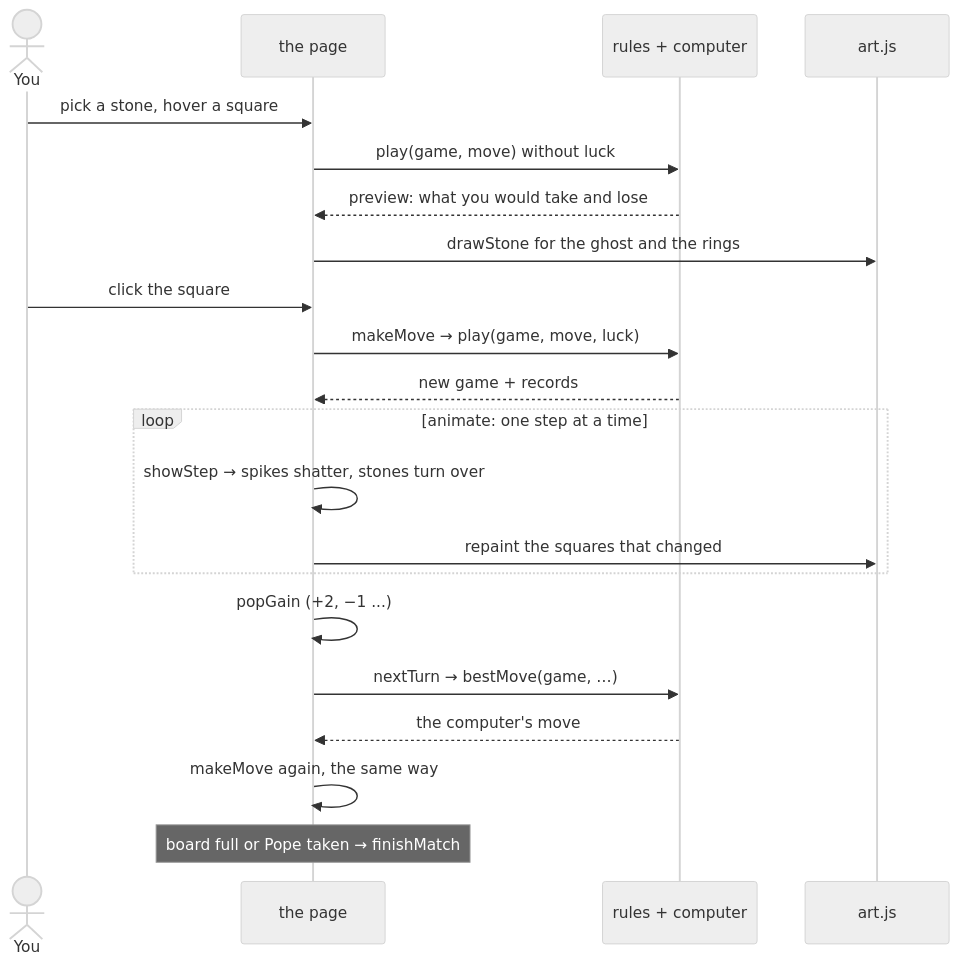
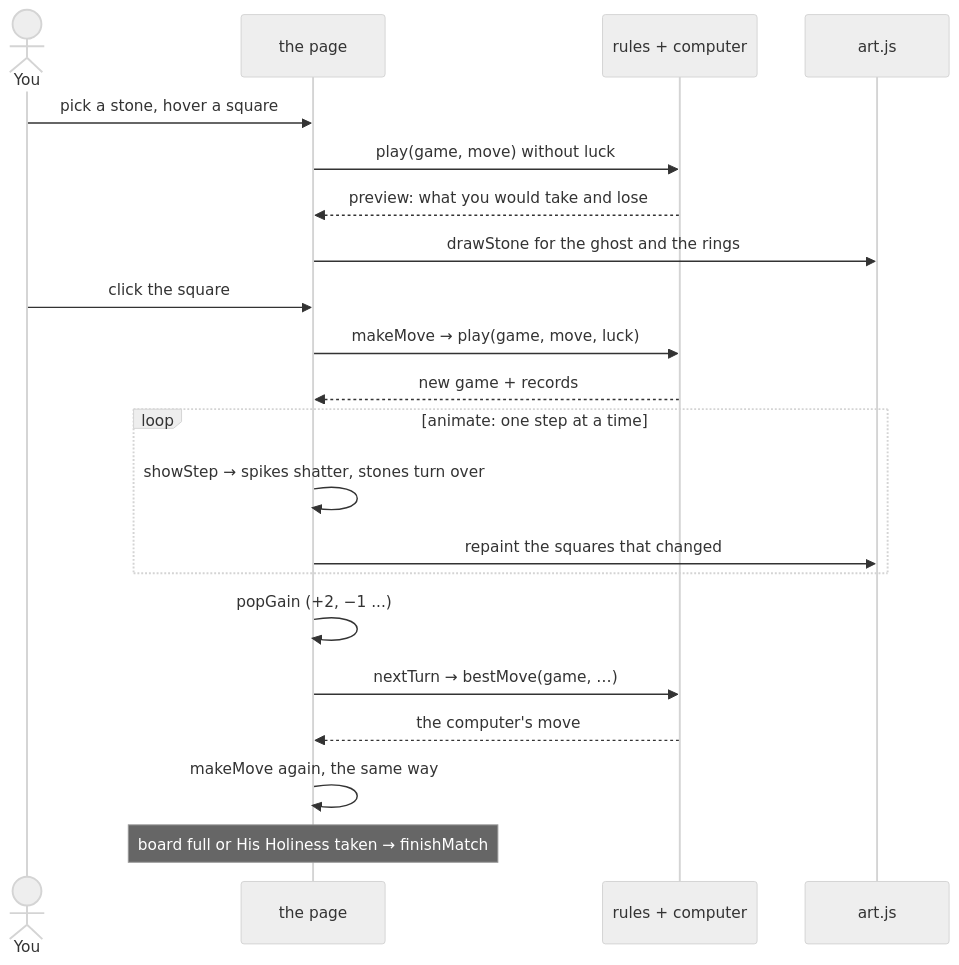
The seventh of 8 diagrams in README.md (louisvandenbruwaene/rook-like), drawn with Mermaid (neutral theme) before and after one commit. The commit also changed other lines of this file and 8 other files, not shown here.

````diff
--- a/README.md
+++ b/README.md
@@ -201,24 +201,24 @@
 ```mermaid
 sequenceDiagram
     actor You
     participant Page as the page
     participant Engine as rules + computer
     participant Draw as art.js
 
     You->>Page: pick a stone, hover a square
     Page->>Engine: play(game, move) without luck
     Engine-->>Page: preview: what you would take and lose
     Page->>Draw: drawStone for the ghost and the rings
     You->>Page: click the square
     Page->>Engine: makeMove → play(game, move, luck)
     Engine-->>Page: new game + records
     loop animate: one step at a time
         Page->>Page: showStep → spikes shatter, stones turn over
         Page->>Draw: repaint the squares that changed
     end
     Page->>Page: popGain (+2, −1 ...)
     Page->>Engine: nextTurn → bestMove(game, …)
     Engine-->>Page: the computer's move
     Page->>Page: makeMove again, the same way
-    Note over Page: board full or Pope taken → finishMatch
+    Note over Page: board full or His Holiness taken → finishMatch
 ```
````
